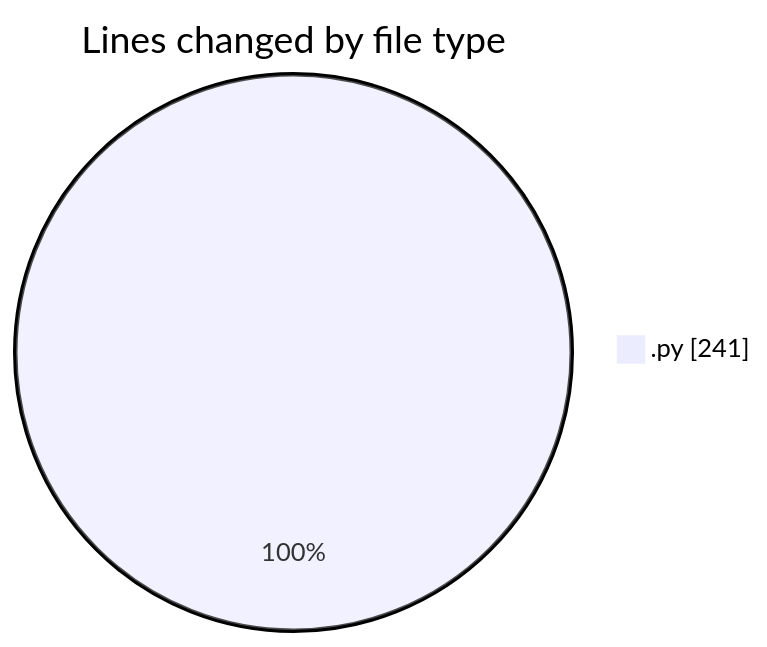
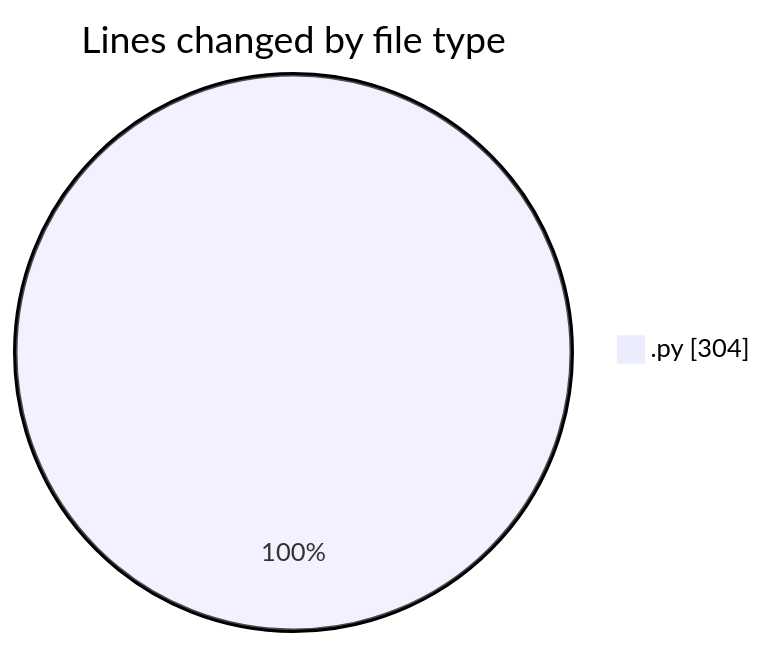
The first of 2 diagrams in 2025-01-02/ai/README.md (ernivani/code-tracking), drawn with Mermaid before and after one commit. The commit also changed other lines of this file and 1 other file, not shown here.

````diff
--- a/2025-01-02/ai/README.md
+++ b/2025-01-02/ai/README.md
@@ -21,5 +21,5 @@
 ```mermaid
 pie showData
 title Lines changed by file type
-".py" : 241
+".py" : 304
 ```
````
